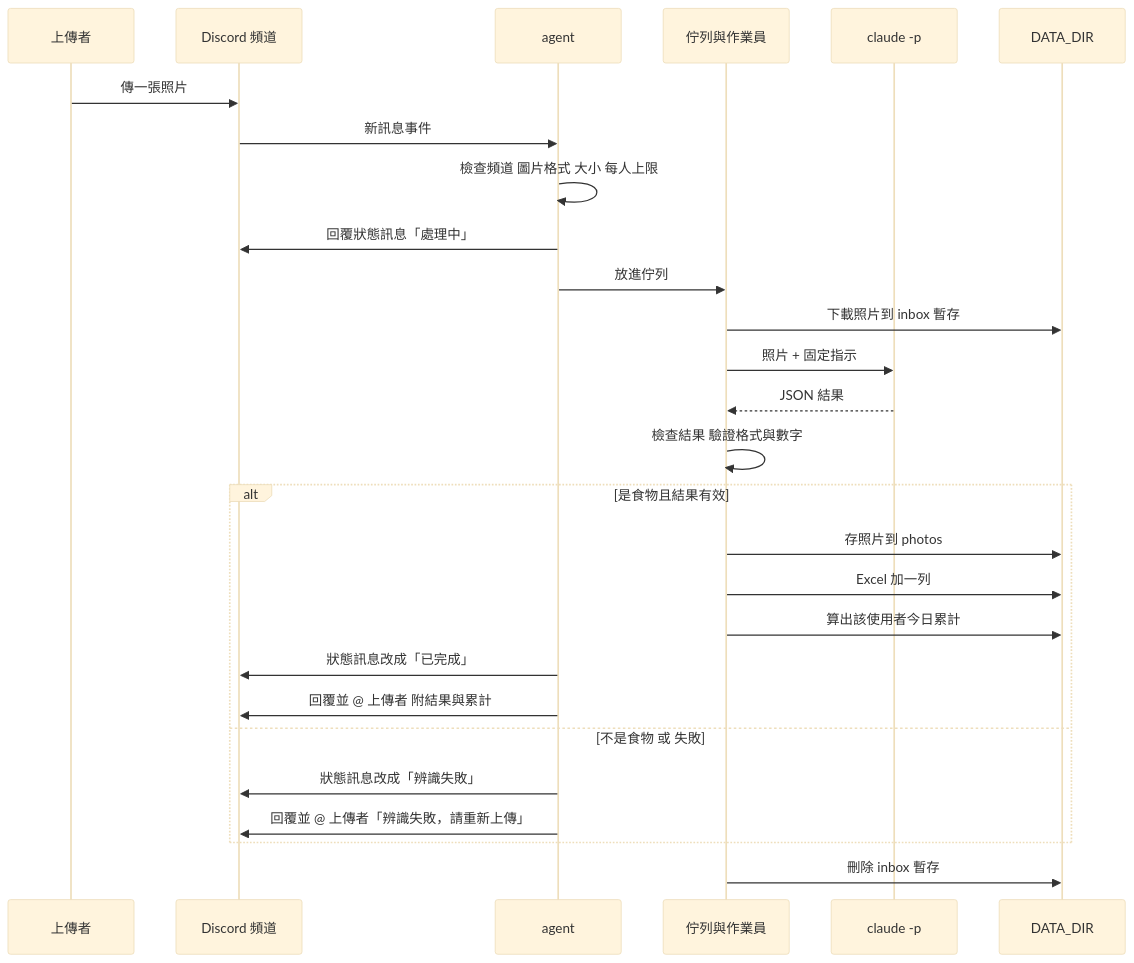
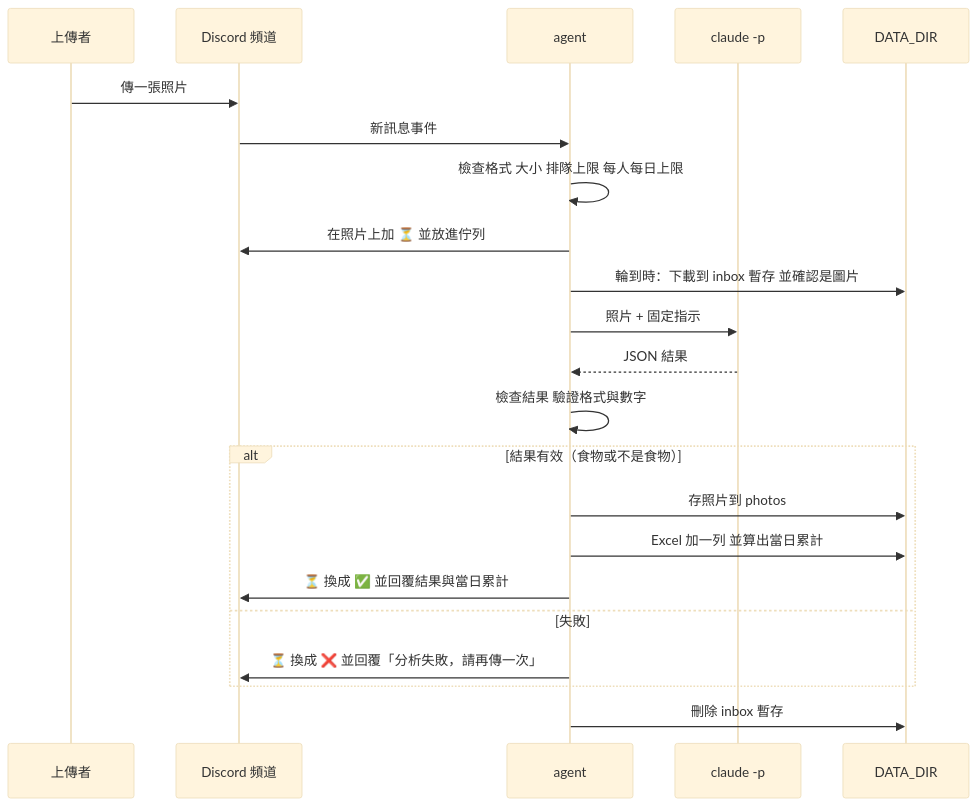
Before and after one commit to 411333027/1020-2: the second of 2 diagrams in docs/architecture.md, drawn with Mermaid (base theme). The commit also changed other lines of this file and 1 other file, not shown here.

Commit message:
Update architecture doc to match current agent behavior

````diff
--- a/docs/architecture.md
+++ b/docs/architecture.md
@@ -146,30 +153,25 @@
 ```mermaid
 sequenceDiagram
     participant U as 上傳者
     participant D as Discord 頻道
     participant A as agent
-    participant Q as 佇列與作業員
     participant C as claude -p
     participant F as DATA_DIR
 
     U->>D: 傳一張照片
     D->>A: 新訊息事件
-    A->>A: 檢查頻道 圖片格式 大小 每人上限
-    A->>D: 回覆狀態訊息「處理中」
-    A->>Q: 放進佇列
-    Q->>F: 下載照片到 inbox 暫存
-    Q->>C: 照片 + 固定指示
-    C-->>Q: JSON 結果
-    Q->>Q: 檢查結果 驗證格式與數字
-    alt 是食物且結果有效
-        Q->>F: 存照片到 photos
-        Q->>F: Excel 加一列
-        Q->>F: 算出該使用者今日累計
-        A->>D: 狀態訊息改成「已完成」
-        A->>D: 回覆並 @ 上傳者 附結果與累計
-    else 不是食物 或 失敗
-        A->>D: 狀態訊息改成「辨識失敗」
-        A->>D: 回覆並 @ 上傳者「辨識失敗，請重新上傳」
+    A->>A: 檢查格式 大小 排隊上限 每人每日上限
+    A->>D: 在照片上加 ⏳ 並放進佇列
+    A->>F: 輪到時：下載到 inbox 暫存 並確認是圖片
+    A->>C: 照片 + 固定指示
+    C-->>A: JSON 結果
+    A->>A: 檢查結果 驗證格式與數字
+    alt 結果有效（食物或不是食物）
+        A->>F: 存照片到 photos
+        A->>F: Excel 加一列 並算出當日累計
+        A->>D: ⏳ 換成 ✅ 並回覆結果與當日累計
+    else 失敗
+        A->>D: ⏳ 換成 ❌ 並回覆「分析失敗，請再傳一次」
     end
-    Q->>F: 刪除 inbox 暫存
+    A->>F: 刪除 inbox 暫存
 ```
````
